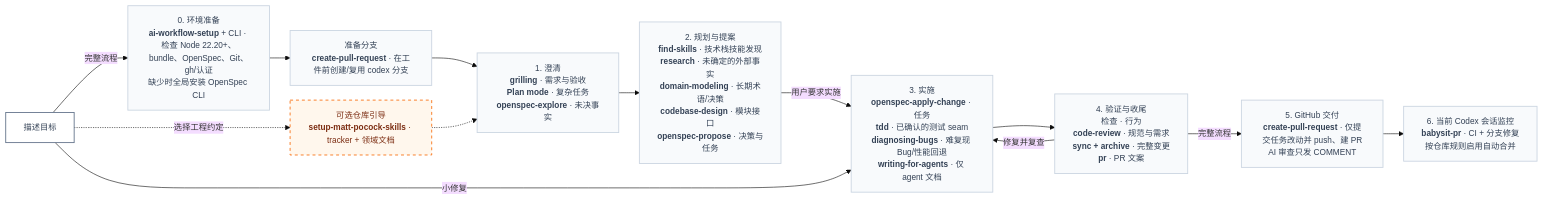
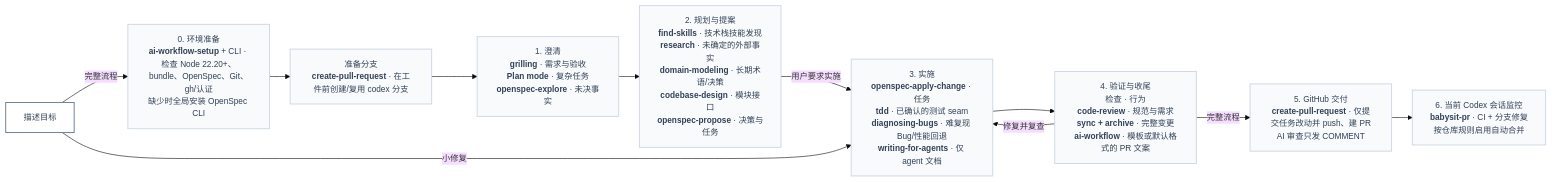
The first of 2 diagrams in README.zh-CN.md (shuaibilx/AI-workflow-coding), drawn with Mermaid before and after one commit. The commit also changed other lines of this file and 36 other files, not shown here.

Commit message:
feat!: streamline bundled workflow skills

````diff
--- a/README.zh-CN.md
+++ b/README.zh-CN.md
@@ -33,19 +33,16 @@
 ```mermaid
 %%{init: {"theme":"base","themeVariables":{"fontSize":"14px"},"flowchart":{"nodeSpacing":18,"rankSpacing":35,"wrappingWidth":180}}}%%
 flowchart LR
     G[描述目标]:::start -->|完整流程| S["0. 环境准备<br/><span style='color:#174ea6'><b>ai-workflow-setup</b></span> + CLI · 检查 Node 22.20+、bundle、OpenSpec、Git、gh/认证<br/>缺少时全局安装 OpenSpec CLI"]:::stage
     S --> B["准备分支<br/><span style='color:#174ea6'><b>create-pull-request</b></span> · 在工件前创建/复用 codex 分支"]:::stage
     B --> C["1. 澄清<br/><span style='color:#174ea6'><b>grilling</b></span> · 需求与验收<br/><span style='color:#174ea6'><b>Plan mode</b></span> · 复杂任务<br/><span style='color:#174ea6'><b>openspec-explore</b></span> · 未决事实"]:::stage
     C --> P["2. 规划与提案<br/><span style='color:#174ea6'><b>find-skills</b></span> · 技术栈技能发现<br/><span style='color:#174ea6'><b>research</b></span> · 未确定的外部事实<br/><span style='color:#174ea6'><b>domain-modeling</b></span> · 长期术语/决策<br/><span style='color:#174ea6'><b>codebase-design</b></span> · 模块接口<br/><span style='color:#174ea6'><b>openspec-propose</b></span> · 决策与任务"]:::stage
     P -->|用户要求实施| I["3. 实施<br/><span style='color:#174ea6'><b>openspec-apply-change</b></span> · 任务<br/><span style='color:#174ea6'><b>tdd</b></span> · 已确认的测试 seam<br/><span style='color:#174ea6'><b>diagnosing-bugs</b></span> · 难复现 Bug/性能回退<br/><span style='color:#174ea6'><b>writing-for-agents</b></span> · 仅 agent 文档"]:::stage
-    I --> V["4. 验证与收尾<br/>检查 · 行为<br/><span style='color:#174ea6'><b>code-review</b></span> · 规范与需求<br/><span style='color:#174ea6'><b>sync + archive</b></span> · 完整变更<br/><span style='color:#174ea6'><b>pr</b></span> · PR 文案"]:::stage
+    I --> V["4. 验证与收尾<br/>检查 · 行为<br/><span style='color:#174ea6'><b>code-review</b></span> · 规范与需求<br/><span style='color:#174ea6'><b>sync + archive</b></span> · 完整变更<br/><span style='color:#174ea6'><b>ai-workflow</b></span> · 模板或默认格式的 PR 文案"]:::stage
     G -->|小修复| I
     V -->|修复并复查| I
     V -->|完整流程| D["5. GitHub 交付<br/><span style='color:#174ea6'><b>create-pull-request</b></span> · 仅提交任务改动并 push、建 PR<br/>AI 审查只发 COMMENT"]:::stage
     D --> M["6. 当前 Codex 会话监控<br/><span style='color:#174ea6'><b>babysit-pr</b></span> · CI + 分支修复<br/>按仓库规则启用自动合并"]:::stage
-    G -.->|选择工程约定| R["可选仓库引导<br/><span style='color:#174ea6'><b>setup-matt-pocock-skills</b></span> · tracker + 领域文档"]:::optional
-    R -.-> C
     classDef start fill:#ffffff,stroke:#64748b,color:#334155,stroke-width:1.5px
     classDef stage fill:#f8fafc,stroke:#cbd5e1,color:#334155,stroke-width:1.5px
-    classDef optional fill:#fff7ed,stroke:#f97316,color:#7c2d12,stroke-width:1.5px,stroke-dasharray:5 5
 ```
````
